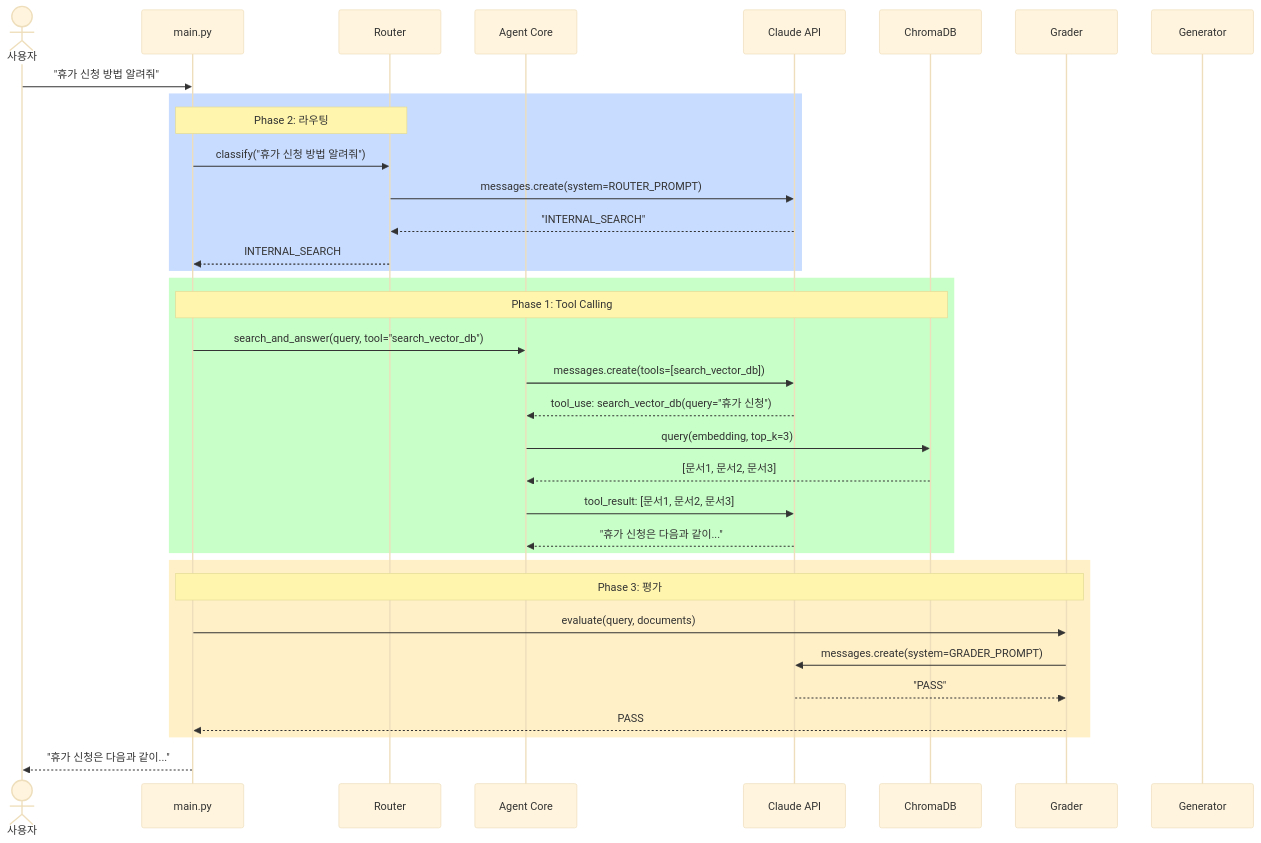
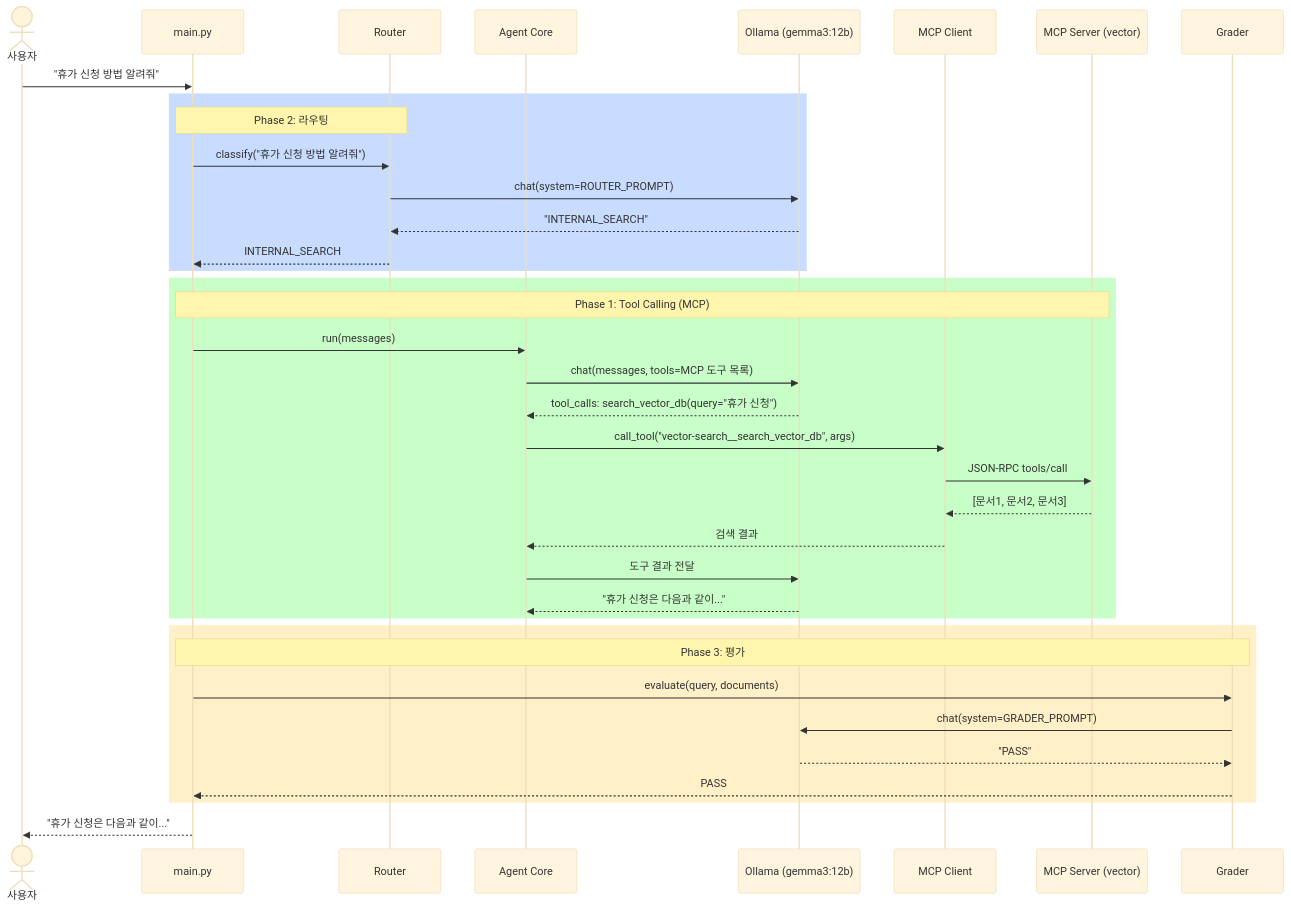
The third of 13 diagrams in docs/api-and-data-flow.md (laurus-kpa007/agentic-rag-bot), drawn with Mermaid (base theme) before and after one commit. The commit also changed other lines of this file and 4 other files, not shown here.

First line of the commit message:
docs: Ollama + MCP 통합 설계 반영 및 전체 문서 업데이트

````diff
--- a/docs/api-and-data-flow.md
+++ b/docs/api-and-data-flow.md
@@ -81,42 +88,44 @@
 ```mermaid
 sequenceDiagram
     actor User as 사용자
     participant Main as main.py
     participant Router as Router
     participant Agent as Agent Core
-    participant Claude as Claude API
-    participant VDB as ChromaDB
+    participant LLM as Ollama (gemma3:12b)
+    participant MCP as MCP Client
+    participant Server as MCP Server (vector)
     participant Grader as Grader
-    participant Gen as Generator
 
     User->>Main: "휴가 신청 방법 알려줘"
 
     rect rgb(200, 220, 255)
         Note over Main,Router: Phase 2: 라우팅
         Main->>Router: classify("휴가 신청 방법 알려줘")
-        Router->>Claude: messages.create(system=ROUTER_PROMPT)
-        Claude-->>Router: "INTERNAL_SEARCH"
+        Router->>LLM: chat(system=ROUTER_PROMPT)
+        LLM-->>Router: "INTERNAL_SEARCH"
         Router-->>Main: INTERNAL_SEARCH
     end
 
     rect rgb(200, 255, 200)
-        Note over Main,VDB: Phase 1: Tool Calling
-        Main->>Agent: search_and_answer(query, tool="search_vector_db")
-        Agent->>Claude: messages.create(tools=[search_vector_db])
-        Claude-->>Agent: tool_use: search_vector_db(query="휴가 신청")
-        Agent->>VDB: query(embedding, top_k=3)
-        VDB-->>Agent: [문서1, 문서2, 문서3]
-        Agent->>Claude: tool_result: [문서1, 문서2, 문서3]
-        Claude-->>Agent: "휴가 신청은 다음과 같이..."
+        Note over Main,Server: Phase 1: Tool Calling (MCP)
+        Main->>Agent: run(messages)
+        Agent->>LLM: chat(messages, tools=MCP 도구 목록)
+        LLM-->>Agent: tool_calls: search_vector_db(query="휴가 신청")
+        Agent->>MCP: call_tool("vector-search__search_vector_db", args)
+        MCP->>Server: JSON-RPC tools/call
+        Server-->>MCP: [문서1, 문서2, 문서3]
+        MCP-->>Agent: 검색 결과
+        Agent->>LLM: 도구 결과 전달
+        LLM-->>Agent: "휴가 신청은 다음과 같이..."
     end
 
     rect rgb(255, 240, 200)
         Note over Main,Grader: Phase 3: 평가
         Main->>Grader: evaluate(query, documents)
-        Grader->>Claude: messages.create(system=GRADER_PROMPT)
-        Claude-->>Grader: "PASS"
+        Grader->>LLM: chat(system=GRADER_PROMPT)
+        LLM-->>Grader: "PASS"
         Grader-->>Main: PASS
     end
 
     Main-->>User: "휴가 신청은 다음과 같이..."
 ```
````
